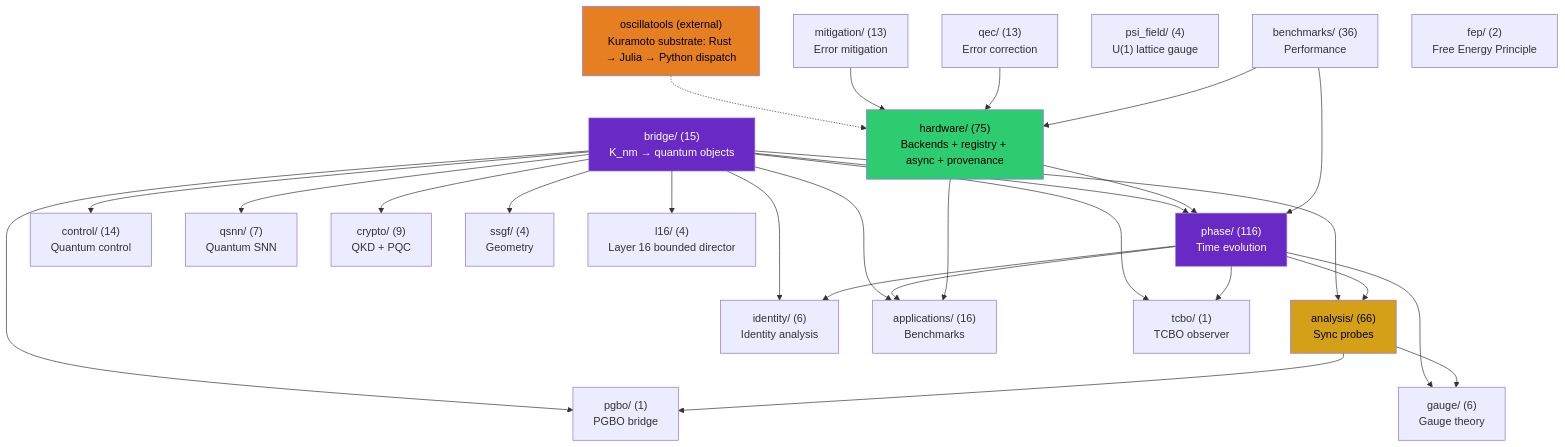
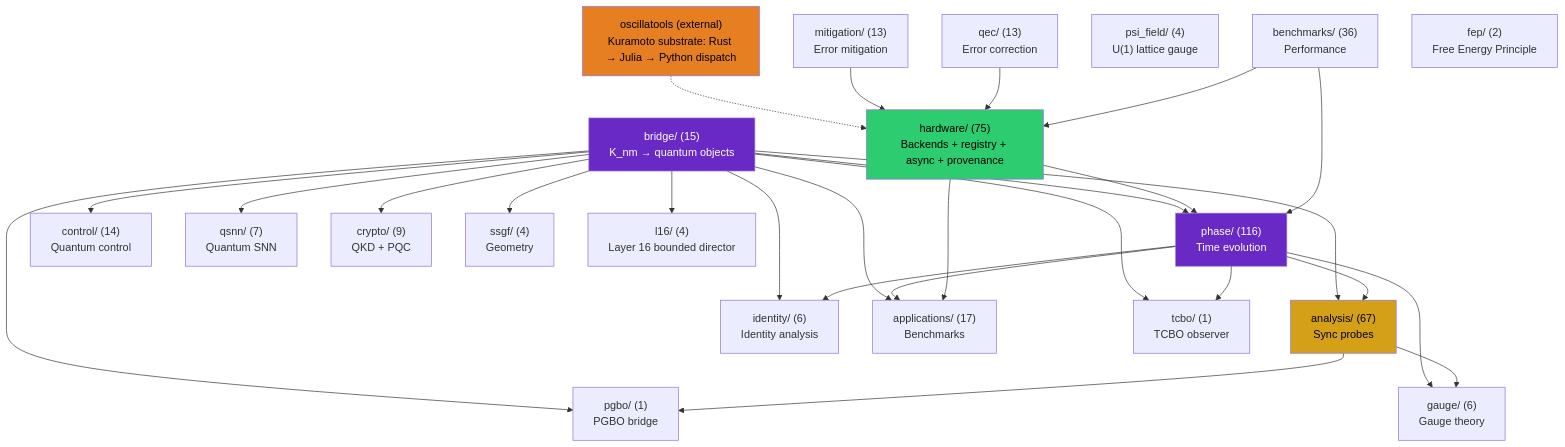
One commit to anulum/scpn-quantum-control changed the first of 4 diagrams in docs/architecture.md. Above: the diagram before and after it, drawn with Mermaid. The commit also changed other lines of this file and 27 other files, not shown here.

````diff
--- a/docs/architecture.md
+++ b/docs/architecture.md
@@ -484,55 +484,55 @@
 ```mermaid
 graph TD
     bridge["bridge/ (15)\nK_nm → quantum objects"]
     phase["phase/ (116)\nTime evolution"]
-    analysis["analysis/ (66)\nSync probes"]
+    analysis["analysis/ (67)\nSync probes"]
     control["control/ (14)\nQuantum control"]
     qsnn["qsnn/ (7)\nQuantum SNN"]
     identity["identity/ (6)\nIdentity analysis"]
     hardware["hardware/ (75)\nBackends + registry + async + provenance"]
     mitigation["mitigation/ (13)\nError mitigation"]
     qec["qec/ (13)\nError correction"]
     gauge["gauge/ (6)\nGauge theory"]
-    apps["applications/ (16)\nBenchmarks"]
+    apps["applications/ (17)\nBenchmarks"]
     crypto["crypto/ (9)\nQKD + PQC"]
     benchmarks["benchmarks/ (36)\nPerformance"]
     ssgf["ssgf/ (4)\nGeometry"]
     psi_field["psi_field/ (4)\nU(1) lattice gauge"]
     oscillatools["oscillatools (external)\nKuramoto substrate: Rust → Julia → Python dispatch"]
     fep["fep/ (2)\nFree Energy Principle"]
     tcbo["tcbo/ (1)\nTCBO observer"]
     pgbo["pgbo/ (1)\nPGBO bridge"]
     l16["l16/ (4)\nLayer 16 bounded director"]
 
     bridge --> phase
     bridge --> analysis
     bridge --> control
     bridge --> qsnn
     bridge --> identity
     bridge --> apps
     bridge --> crypto
     bridge --> ssgf
     phase --> analysis
     phase --> identity
     phase --> apps
     phase --> gauge
     analysis --> gauge
     hardware --> phase
     hardware --> apps
     oscillatools -.-> hardware
     mitigation --> hardware
     qec --> hardware
     benchmarks --> phase
     benchmarks --> hardware
     bridge --> tcbo
     bridge --> pgbo
     bridge --> l16
     phase --> tcbo
     analysis --> pgbo
 
     style bridge fill:#6929C4,color:#fff
     style analysis fill:#d4a017,color:#000
     style phase fill:#6929C4,color:#fff
     style hardware fill:#2ecc71,color:#000
     style oscillatools fill:#e67e22,color:#000
 ```
````
